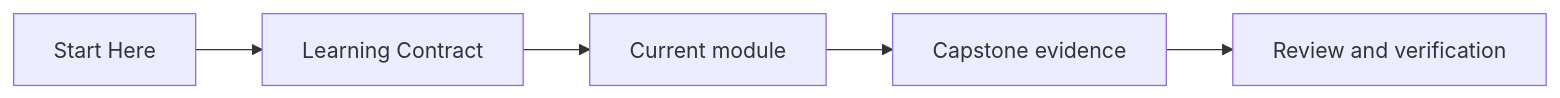
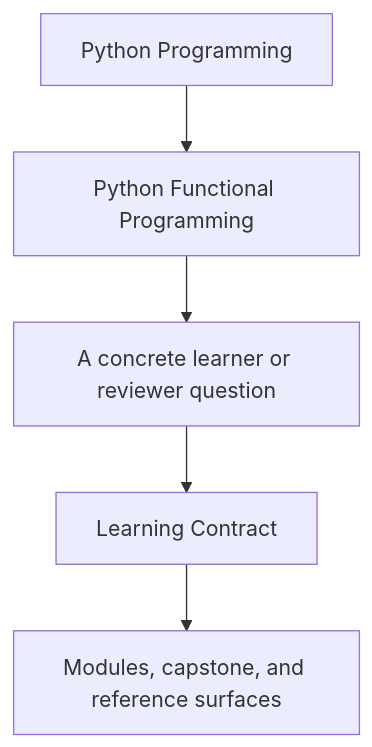
The first of 2 diagrams in programs/python-programming/python-functional-programming/course-book/guides/learning-contract.md (bijux/bijux-masterclass), drawn with Mermaid before and after one commit. The commit also changed other lines of this file and 23 other files, not shown here.

Commit message:
docs(python-functional-programming): sharpen guide and reference diagrams

````diff
--- a/programs/python-programming/python-functional-programming/course-book/guides/learning-contract.md
+++ b/programs/python-programming/python-functional-programming/course-book/guides/learning-contract.md
@@ -7,7 +7,7 @@
 ```mermaid
-graph LR
-  start["Start Here"] --> contract["Learning Contract"]
-  contract --> module["Current module"]
-  module --> capstone["Capstone evidence"]
-  capstone --> review["Review and verification"]
+flowchart TD
+  family["Python Programming"] --> program["Python Functional Programming"]
+  program --> pressure["A concrete learner or reviewer question"]
+  pressure --> guide["Learning Contract"]
+  guide --> next["Modules, capstone, and reference surfaces"]
 ```
````
